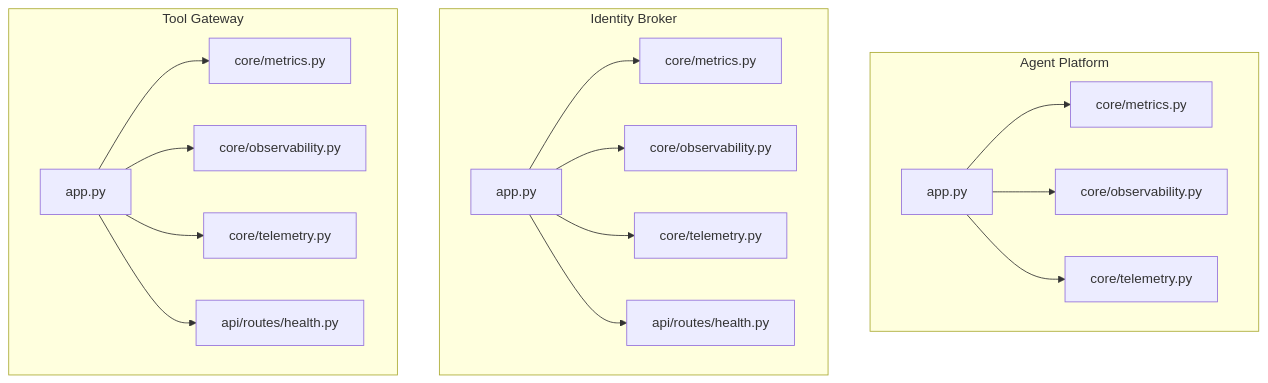
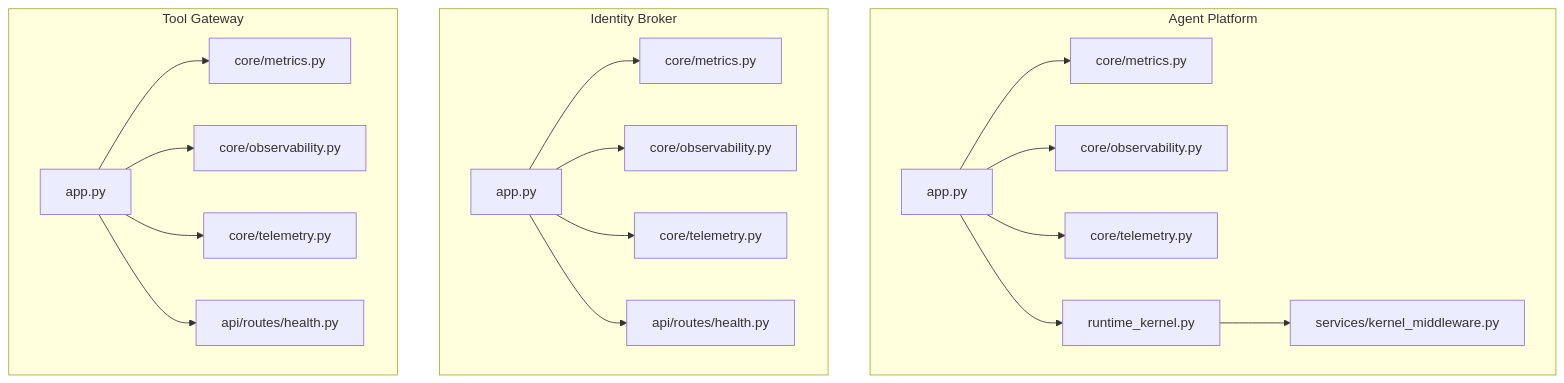
Before and after one commit to metasync/luban-aiops: the first of 3 diagrams in .qoder/repowiki/en/content/Agent Platform Service/Observability and Monitoring.md, drawn with Mermaid. The commit also changed other lines of this file and 25 other files, not shown here.

````diff
--- a/.qoder/repowiki/en/content/Agent Platform Service/Observability and Monitoring.md
+++ b/.qoder/repowiki/en/content/Agent Platform Service/Observability and Monitoring.md
@@ -57,34 +72,38 @@
 ```mermaid
 graph TB
 subgraph "Agent Platform"
 AP_app["app.py"]
 AP_metrics["core/metrics.py"]
 AP_obs["core/observability.py"]
 AP_telemetry["core/telemetry.py"]
+AP_kernel["runtime_kernel.py"]
+AP_middleware["services/kernel_middleware.py"]
 end
 subgraph "Identity Broker"
 IB_app["app.py"]
 IB_metrics["core/metrics.py"]
 IB_obs["core/observability.py"]
 IB_telemetry["core/telemetry.py"]
 IB_health["api/routes/health.py"]
 end
 subgraph "Tool Gateway"
 TG_app["app.py"]
 TG_metrics["core/metrics.py"]
 TG_obs["core/observability.py"]
 TG_telemetry["core/telemetry.py"]
 TG_health["api/routes/health.py"]
 end
 AP_app --> AP_metrics
 AP_app --> AP_obs
 AP_app --> AP_telemetry
+AP_app --> AP_kernel
+AP_kernel --> AP_middleware
 IB_app --> IB_metrics
 IB_app --> IB_obs
 IB_app --> IB_telemetry
 IB_app --> IB_health
 TG_app --> TG_metrics
 TG_app --> TG_obs
 TG_app --> TG_telemetry
 TG_app --> TG_health
 ```
````
